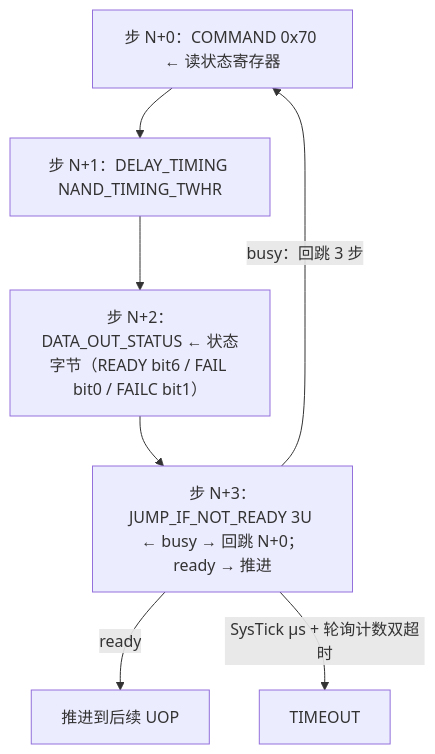
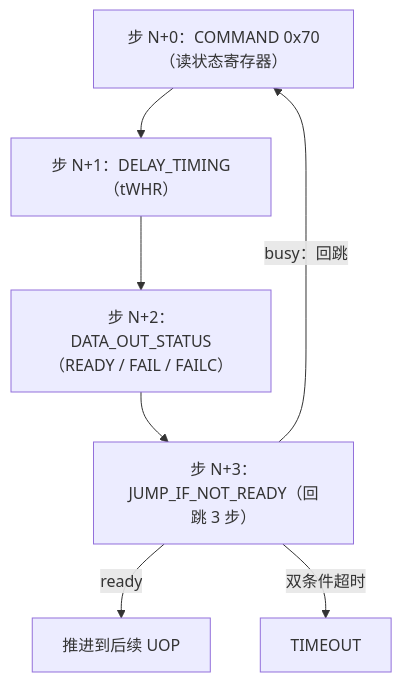
The eighth of 20 diagrams in docs/design/fc_nand_design.md (YzYMIAO/BASESSD), drawn with Mermaid before and after one commit. The commit also changed other lines of this file, not shown here.

First line of the commit message:
docs(fc-nand): 重构设计文档结构并校正与实现漂移

````diff
--- a/docs/design/fc_nand_design.md
+++ b/docs/design/fc_nand_design.md
@@ -580,11 +1564,11 @@
 ```mermaid
 flowchart TB
-    N0["步 N+0：COMMAND 0x70 ← 读状态寄存器"]
-    N1["步 N+1：DELAY_TIMING NAND_TIMING_TWHR"]
-    N2["步 N+2：DATA_OUT_STATUS ← 状态字节（READY bit6 / FAIL bit0 / FAILC bit1）"]
-    N3["步 N+3：JUMP_IF_NOT_READY 3U ← busy → 回跳 N+0；ready → 推进"]
+    N0["步 N+0：COMMAND 0x70（读状态寄存器）"]
+    N1["步 N+1：DELAY_TIMING（tWHR）"]
+    N2["步 N+2：DATA_OUT_STATUS（READY / FAIL / FAILC）"]
+    N3["步 N+3：JUMP_IF_NOT_READY（回跳 3 步）"]
     N0 --> N1 --> N2 --> N3
-    N3 -- "busy：回跳 3 步" --> N0
+    N3 -- "busy：回跳" --> N0
     N3 -- "ready" --> OK["推进到后续 UOP"]
-    N3 -- "SysTick µs + 轮询计数双超时" --> TO["TIMEOUT"]
+    N3 -- "双条件超时" --> TO["TIMEOUT"]
 ```
````
